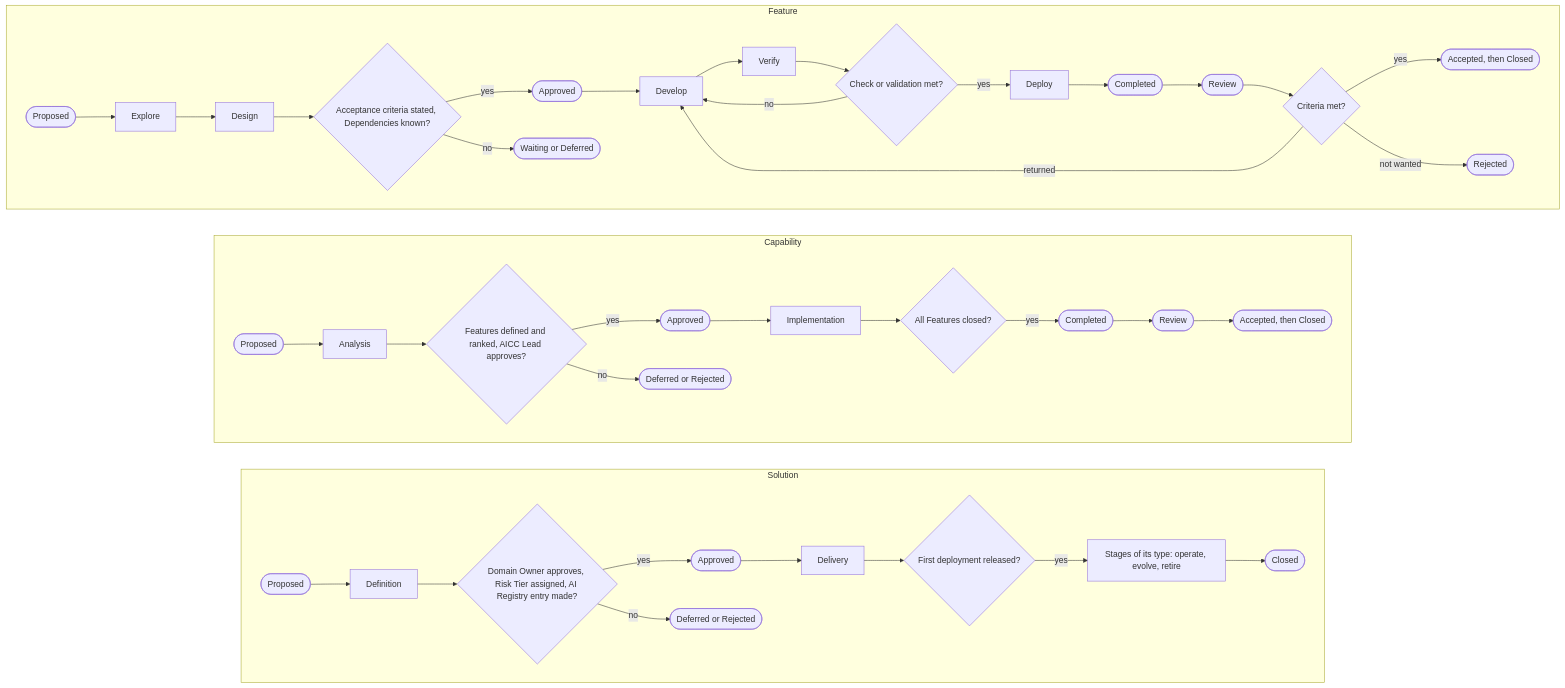
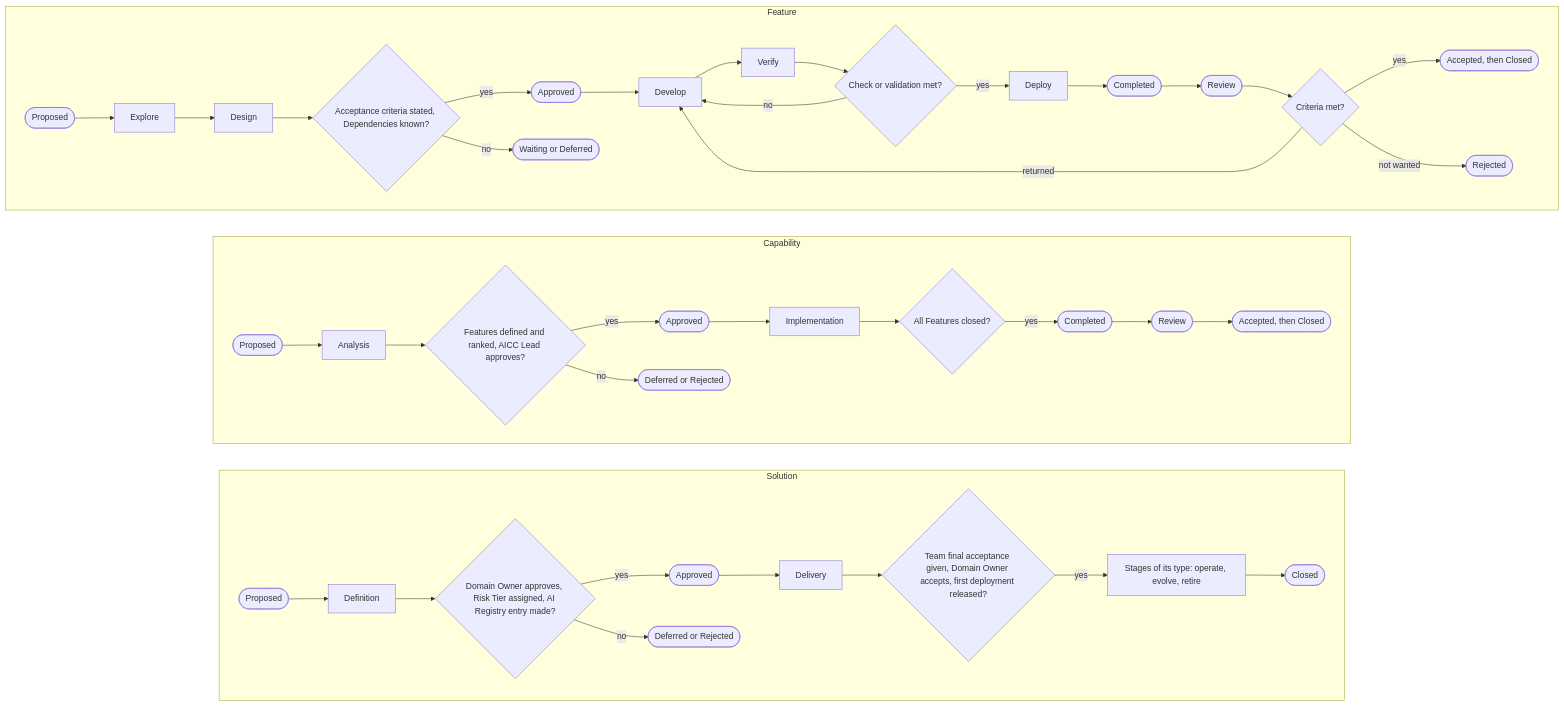
Before and after one commit to devhogu/ob-aicc: the fourth of 13 diagrams in charter/documents/solution-lifecycle-model.md, drawn with Mermaid. The commit also changed other lines of this file and 75 other files, not shown here.

Commit message:
Life-cycle flows, measures, end-to-end evaluation, two-level acceptance, and the yearly Steering in December (DR-2026-050 to DR-2026-057)

````diff
--- a/charter/documents/solution-lifecycle-model.md
+++ b/charter/documents/solution-lifecycle-model.md
@@ -212,30 +217,30 @@
 ```mermaid
 flowchart TB
   subgraph FEATURE["Feature"]
     direction LR
     F0(["Proposed"]) --> F1["Explore"] --> F2["Design"] --> FC1{"Acceptance criteria stated, Dependencies known?"}
     FC1 -->|yes| F3(["Approved"]) --> F4["Develop"] --> F5["Verify"] --> FC2{"Check or validation met?"}
     FC2 -->|yes| F6["Deploy"] --> F7(["Completed"]) --> F8(["Review"]) --> FC3{"Criteria met?"}
     FC3 -->|yes| F9(["Accepted, then Closed"])
     FC3 -->|returned| F4
     FC3 -->|not wanted| F10(["Rejected"])
     FC2 -->|no| F4
     FC1 -->|no| F11(["Waiting or Deferred"])
   end
   subgraph CAPABILITY["Capability"]
     direction LR
     C0(["Proposed"]) --> C1["Analysis"] --> CC1{"Features defined and ranked, AICC Lead approves?"}
     CC1 -->|yes| C2(["Approved"]) --> C3["Implementation"] --> CC2{"All Features closed?"}
     CC2 -->|yes| C4(["Completed"]) --> C5(["Review"]) --> C6(["Accepted, then Closed"])
     CC1 -->|no| C7(["Deferred or Rejected"])
   end
   subgraph SOLUTION["Solution"]
     direction LR
     S0(["Proposed"]) --> S1["Definition"] --> SC1{"Domain Owner approves, Risk Tier assigned, AI Registry entry made?"}
-    SC1 -->|yes| S2(["Approved"]) --> S3["Delivery"] --> SC2{"First deployment released?"}
+    SC1 -->|yes| S2(["Approved"]) --> S3["Delivery"] --> SC2{"Team final acceptance given, Domain Owner accepts, first deployment released?"}
     SC2 -->|yes| S4["Stages of its type: operate, evolve, retire"] --> S5(["Closed"])
     SC1 -->|no| S6(["Deferred or Rejected"])
   end
   FEATURE ~~~ CAPABILITY
   CAPABILITY ~~~ SOLUTION
 ```
````
